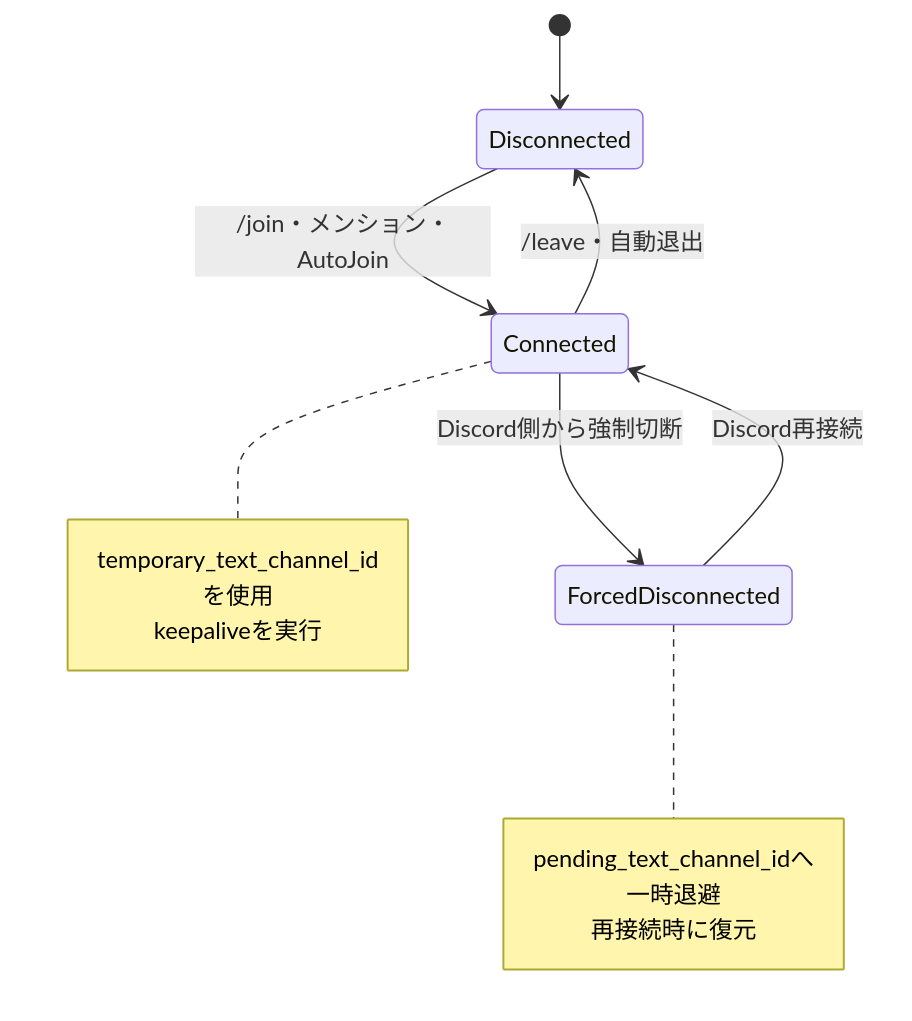
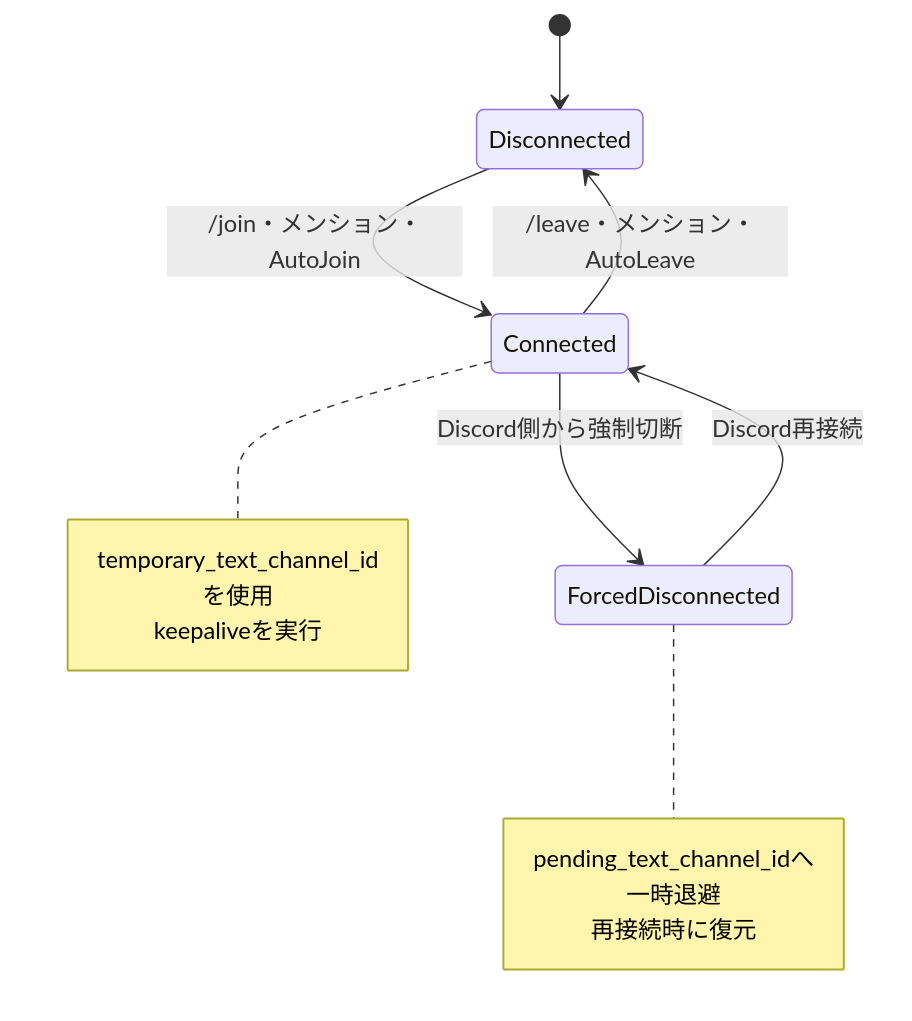
One commit to dora-ntmk/Tsumugium changed the third of 3 diagrams in docs/ARCHITECTURE.md. Above: the diagram before and after it, drawn with Mermaid.

Commit message:
状態遷移図に誤りがあったため修正

````diff
--- a/docs/ARCHITECTURE.md
+++ b/docs/ARCHITECTURE.md
@@ -101,17 +101,17 @@
 ```mermaid
 stateDiagram-v2
     [*] --> Disconnected
     Disconnected --> Connected: /join・メンション・AutoJoin
-    Connected --> Disconnected: /leave・自動退出
+    Connected --> Disconnected: /leave・メンション・AutoLeave
     Connected --> ForcedDisconnected: Discord側から強制切断
     ForcedDisconnected --> Connected: Discord再接続
 
     note right of Connected
       temporary_text_channel_idを使用
       keepaliveを実行
     end note
     note right of ForcedDisconnected
       pending_text_channel_idへ一時退避
       再接続時に復元
     end note
 ```
````
